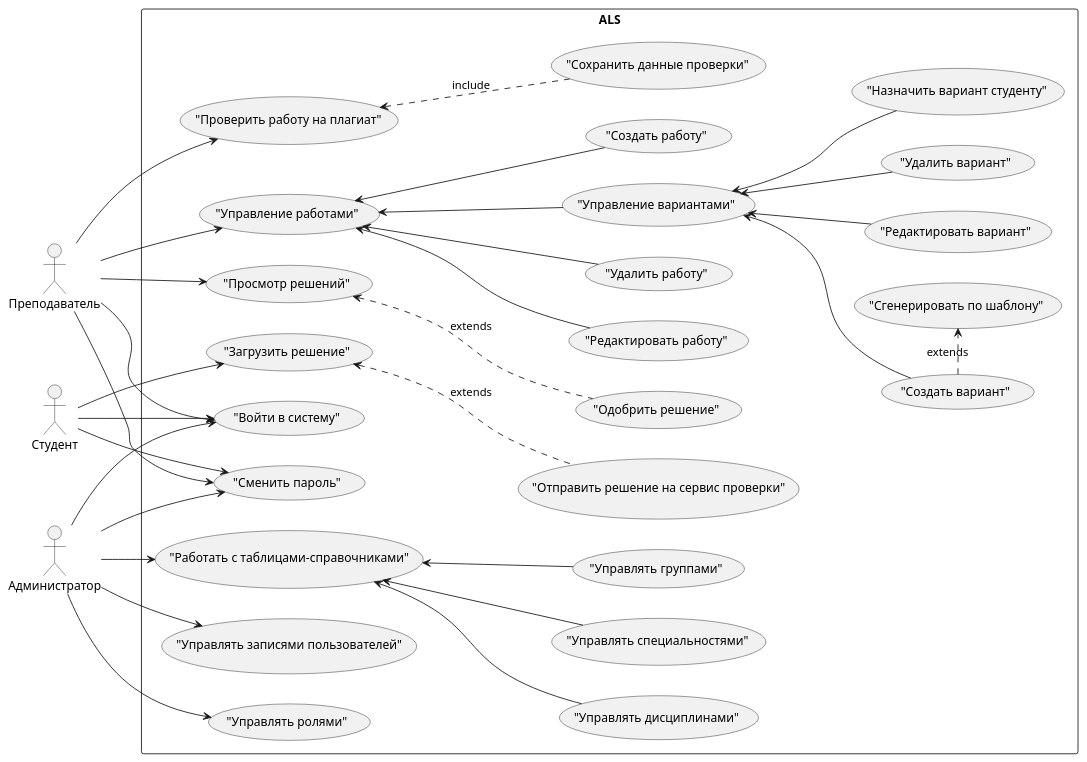
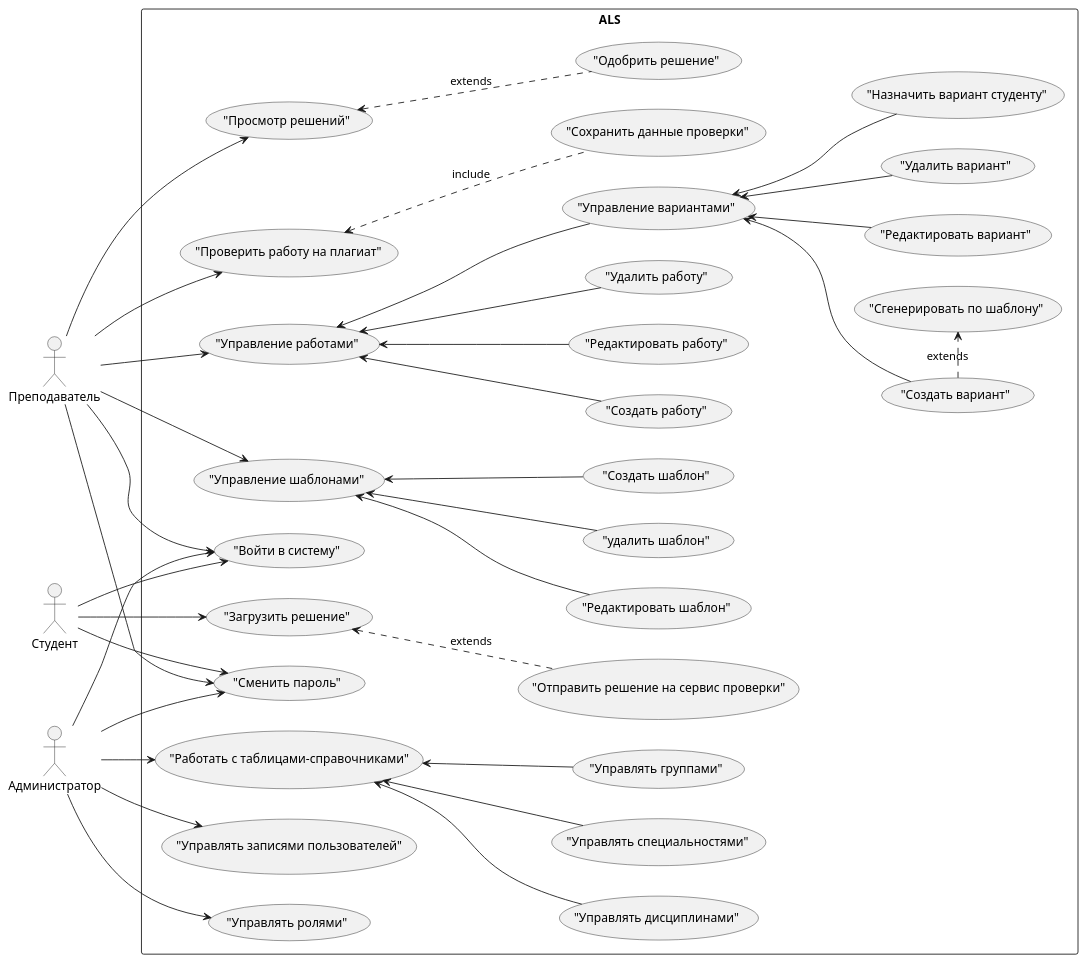
Before and after one commit to xguppy/ALS: the diagram in UseCase.puml, drawn with PlantUML.

Commit message:
Add Template

```diff
--- a/UseCase.puml
+++ b/UseCase.puml
@@ -1,75 +1,83 @@
 @startuml UseCases
 
 left to right direction
 skinparam packageStyle rectangle
 
 actor "Студент" as Student
 actor "Преподаватель" as Teacher 
 actor "Администратор" as Admin
 
 rectangle ALS {
     ("Войти в систему") as LogIn
     ("Сменить пароль") as ChangePass
 
     Student --> LogIn
     Teacher --> LogIn
     Admin --> LogIn
 
     Student --> ChangePass
     Teacher --> ChangePass
     Admin --> ChangePass
 
     ("Загрузить решение") as LoadSolution
     Student --> LoadSolution
     ("Отправить решение на сервис проверки") as SendSolution
      LoadSolution <.. SendSolution: extends
 
     ("Управление работами") as WorkManage
     ("Создать работу") as CreateWork
     ("Редактировать работу") as EditWork
     ("Удалить работу") as DeleteWork
     ("Управление вариантами") as VariantManage
+    ("Управление шаблонами") as TemplateManage
     ("Сгенерировать по шаблону") as GenerateVariant
     ("Создать вариант") as CreateVariant
     ("Редактировать вариант") as EditVariant
     ("Удалить вариант") as DeleteVariant
     ("Назнaчить вариант студенту") as SetVariantToStudent
+    ("Создать шаблон") as TemplateCreate
+    ("Редактировать шаблон") as TemplateUpdate
+    ("удалить шаблон") as TemplateDelete
 
     Teacher -> WorkManage
+    Teacher -> TemplateManage
+    TemplateManage <-- TemplateCreate
+    TemplateManage <-- TemplateUpdate
+    TemplateManage <-- TemplateDelete
     WorkManage <-- CreateWork
     WorkManage <-- EditWork
     WorkManage <-- DeleteWork
     WorkManage <-- VariantManage
     VariantManage <-- CreateVariant
     VariantManage <-- EditVariant
     CreateVariant .> GenerateVariant: extends
     VariantManage <-- DeleteVariant
     VariantManage <-- SetVariantToStudent
 
     ("Просмотр решений") as WatchAnswers
     ("Одобрить решение") as SetMark
     Teacher --> WatchAnswers
     WatchAnswers <.. SetMark: extends
 
     ("Проверить работу на плагиат") as CheckAntiPlag
     Teacher --> CheckAntiPlag
     CheckAntiPlag <.. ("Сохранить данные проверки"): include
 
     ("Работать с таблицами-справочниками") as WorkWithTables
     Admin --> WorkWithTables
 
     ("Управлять дисциплинами") as WorkDiscipline
     ("Управлять специальностями") as WorkSpec
     ("Управлять группами") as WorkGroups
 
     WorkWithTables <-- WorkDiscipline
     WorkWithTables <-- WorkSpec 
     WorkWithTables <-- WorkGroups
 
     ("Управлять записями пользователей") as ManageUsers
     ("Управлять ролями") as ManageRoles
     Admin --> ManageUsers
     Admin --> ManageRoles
 }
 
 @enduml
```
